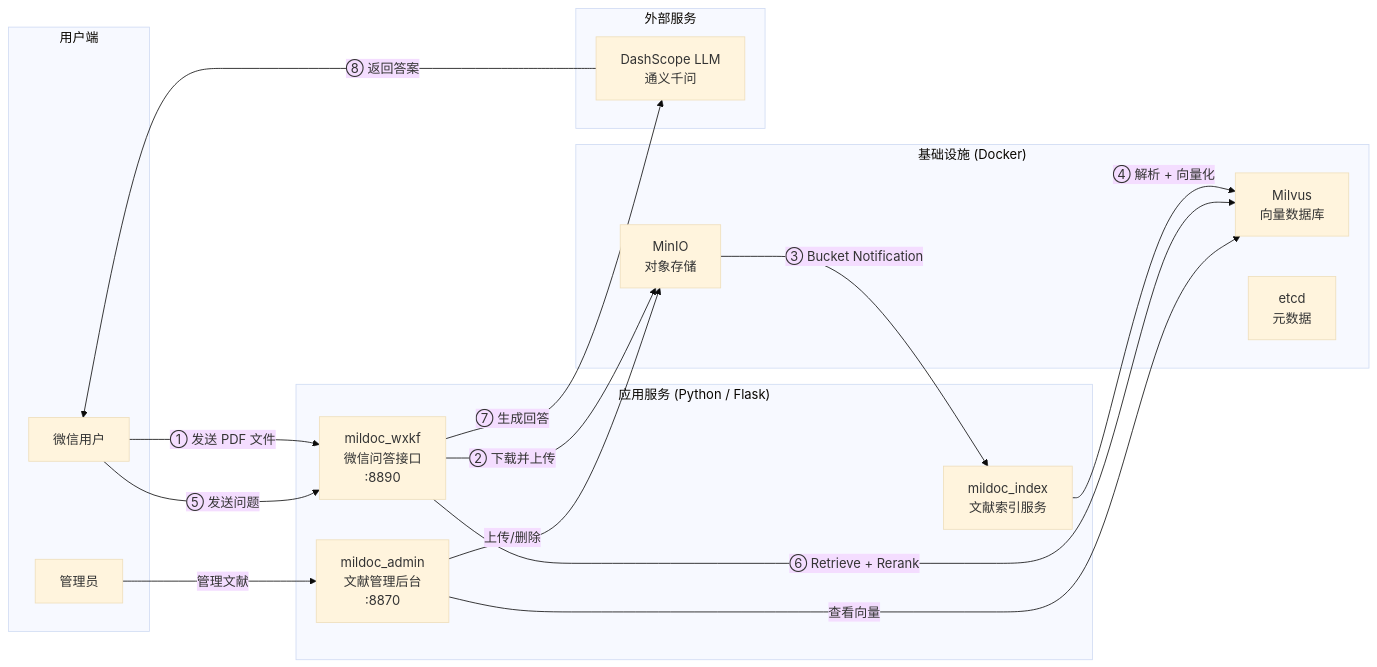
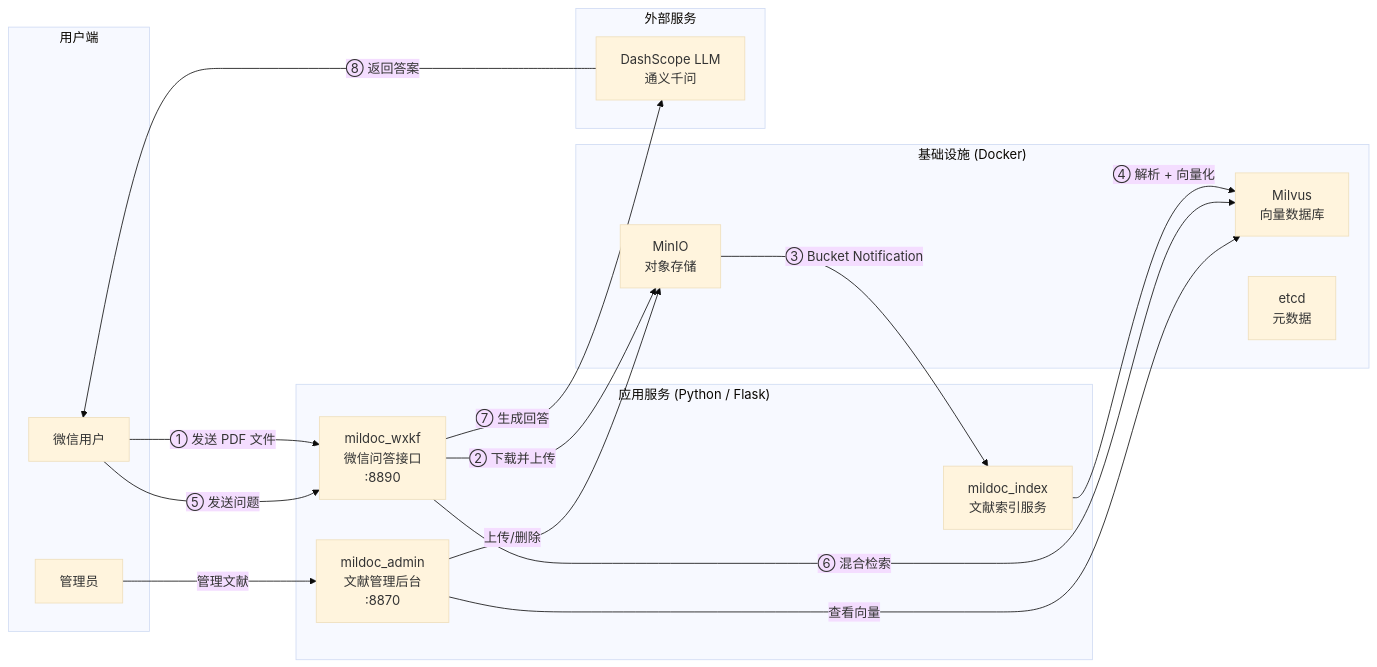
One commit to FSSLI/PaperPilot changed the diagram in README.md. Above: the diagram before and after it, drawn with Mermaid (base theme). The commit also changed other lines of this file and 11 other files, not shown here.

First line of the commit message:
feat: BM25混合检索+评测指标记录+演示截图

````diff
--- a/README.md
+++ b/README.md
@@ -25,37 +31,37 @@
 ```mermaid
 graph LR
     subgraph Users["用户端"]
         WU["微信用户"]
         AU["管理员"]
     end
 
     subgraph App["应用服务 (Python / Flask)"]
         WXKF["mildoc_wxkf<br/>微信问答接口<br/>:8890"]
         IDX["mildoc_index<br/>文献索引服务"]
         ADM["mildoc_admin<br/>文献管理后台<br/>:8870"]
     end
 
     subgraph Infra["基础设施 (Docker)"]
         MINIO["MinIO<br/>对象存储"]
         MILVUS["Milvus<br/>向量数据库"]
         ETCD["etcd<br/>元数据"]
     end
 
     subgraph External["外部服务"]
         LLM["DashScope LLM<br/>通义千问"]
     end
 
     WU -->|"① 发送 PDF 文件"| WXKF
     WXKF -->|"② 下载并上传"| MINIO
     MINIO -->|"③ Bucket Notification"| IDX
     IDX -->|"④ 解析 + 向量化"| MILVUS
 
     WU -->|"⑤ 发送问题"| WXKF
-    WXKF -->|"⑥ Retrieve + Rerank"| MILVUS
+    WXKF -->|"⑥ 混合检索"| MILVUS
     WXKF -->|"⑦ 生成回答"| LLM
     LLM -->|"⑧ 返回答案"| WU
 
     AU -->|"管理文献"| ADM
     ADM -->|"上传/删除"| MINIO
     ADM -->|"查看向量"| MILVUS
 ```
````
